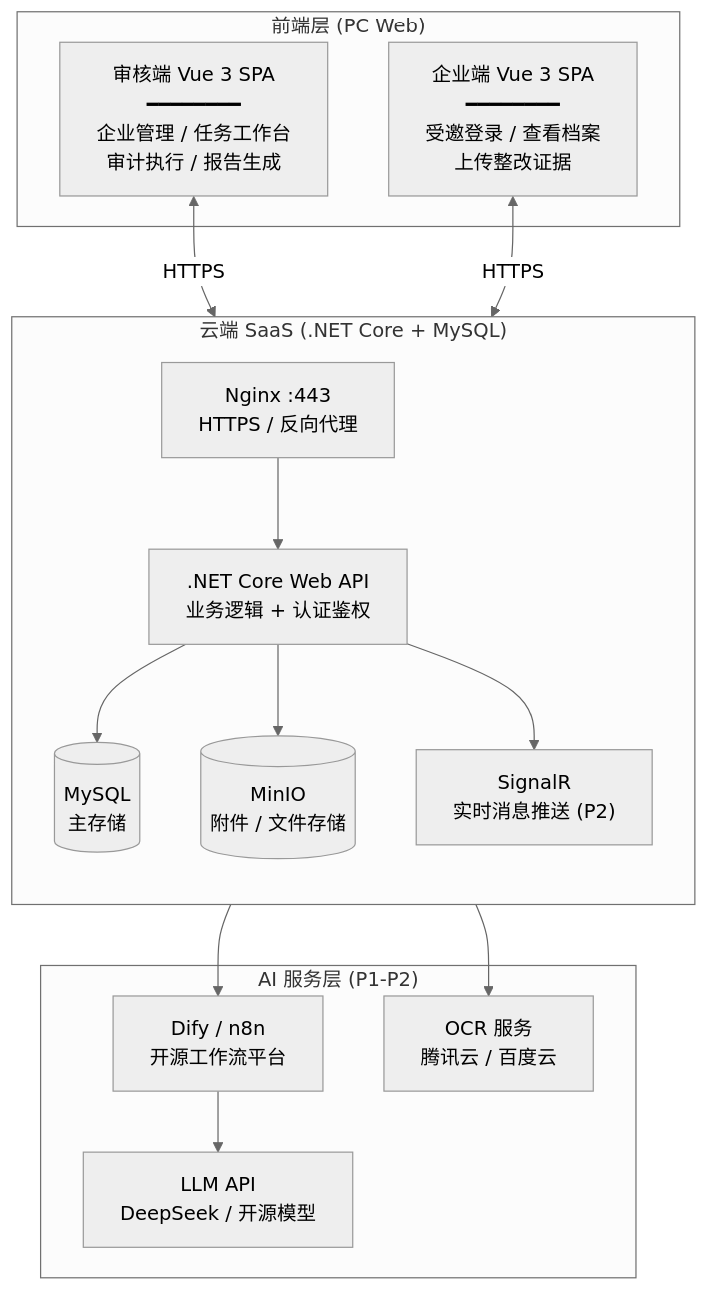
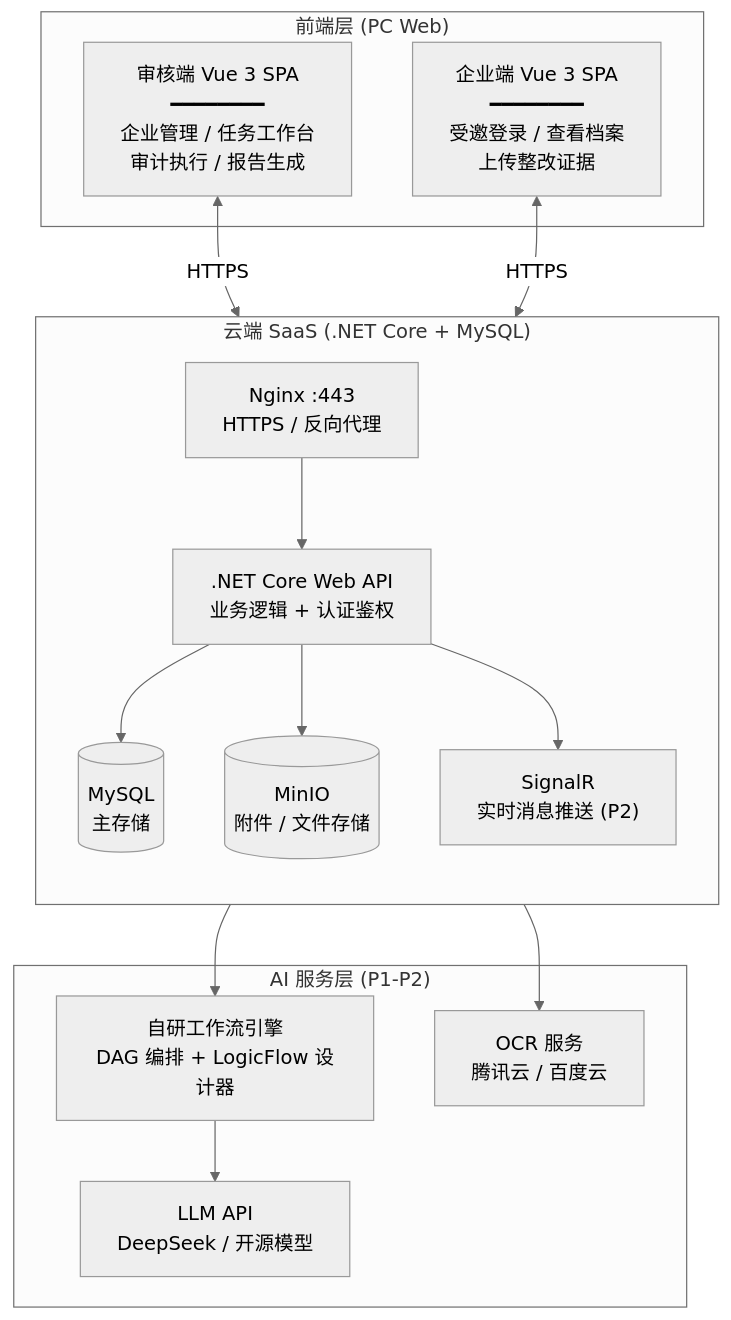
One commit to flag5418/yzh-cert-platform changed the second of 5 diagrams in docs/20-架构决策/总体设计-V3.md. Above: the diagram before and after it, drawn with Mermaid (neutral theme). The commit also changed other lines of this file and 79 other files, not shown here.

````diff
--- a/docs/20-架构决策/总体设计-V3.md
+++ b/docs/20-架构决策/总体设计-V3.md
@@ -93,32 +96,32 @@
 ```mermaid
 graph TB
     subgraph 前端["前端层 (PC Web)"]
         AuditWeb["审核端 Vue 3 SPA<br/>━━━━━━━━<br/>企业管理 / 任务工作台<br/>审计执行 / 报告生成"]
         BizWeb["企业端 Vue 3 SPA<br/>━━━━━━━━<br/>受邀登录 / 查看档案<br/>上传整改证据"]
     end
 
     subgraph 云端["云端 SaaS (.NET Core + MySQL)"]
         direction TB
         Nginx["Nginx :443<br/>HTTPS / 反向代理"]
         API[".NET Core Web API<br/>业务逻辑 + 认证鉴权"]
         SignalR["SignalR<br/>实时消息推送 (P2)"]
         DB[("MySQL<br/>主存储")]
         MinIO[("MinIO<br/>附件 / 文件存储")]
     end
 
     subgraph AI服务["AI 服务层 (P1-P2)"]
-        Dify["Dify / n8n<br/>开源工作流平台"]
+        WF["自研工作流引擎<br/>DAG 编排 + LogicFlow 设计器"]
         LLM["LLM API<br/>DeepSeek / 开源模型"]
         OCR["OCR 服务<br/>腾讯云 / 百度云"]
     end
 
     AuditWeb <-->|HTTPS| Nginx
     BizWeb <-->|HTTPS| Nginx
     Nginx --> API
     API --> DB
     API --> MinIO
     API --> SignalR
-    API --> Dify
-    Dify --> LLM
+    API --> WF
+    WF --> LLM
     API --> OCR
 ```
````
